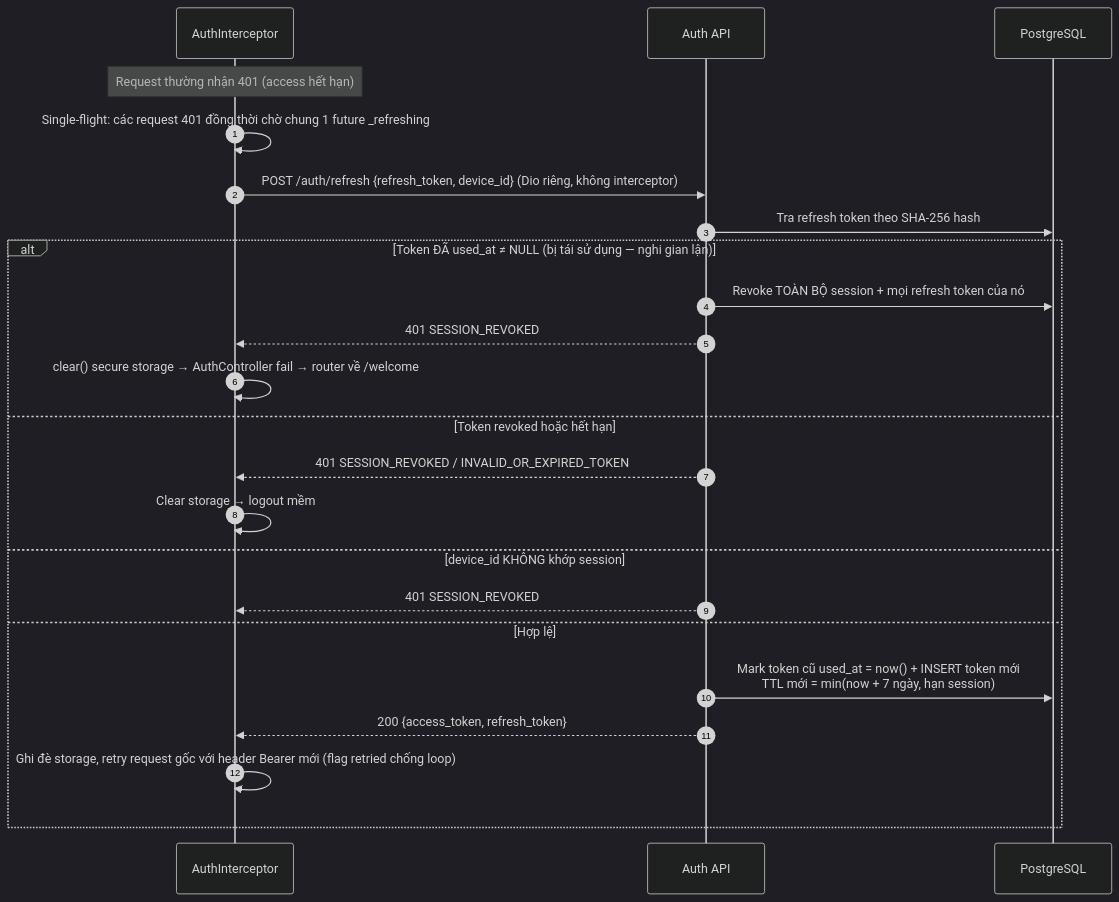
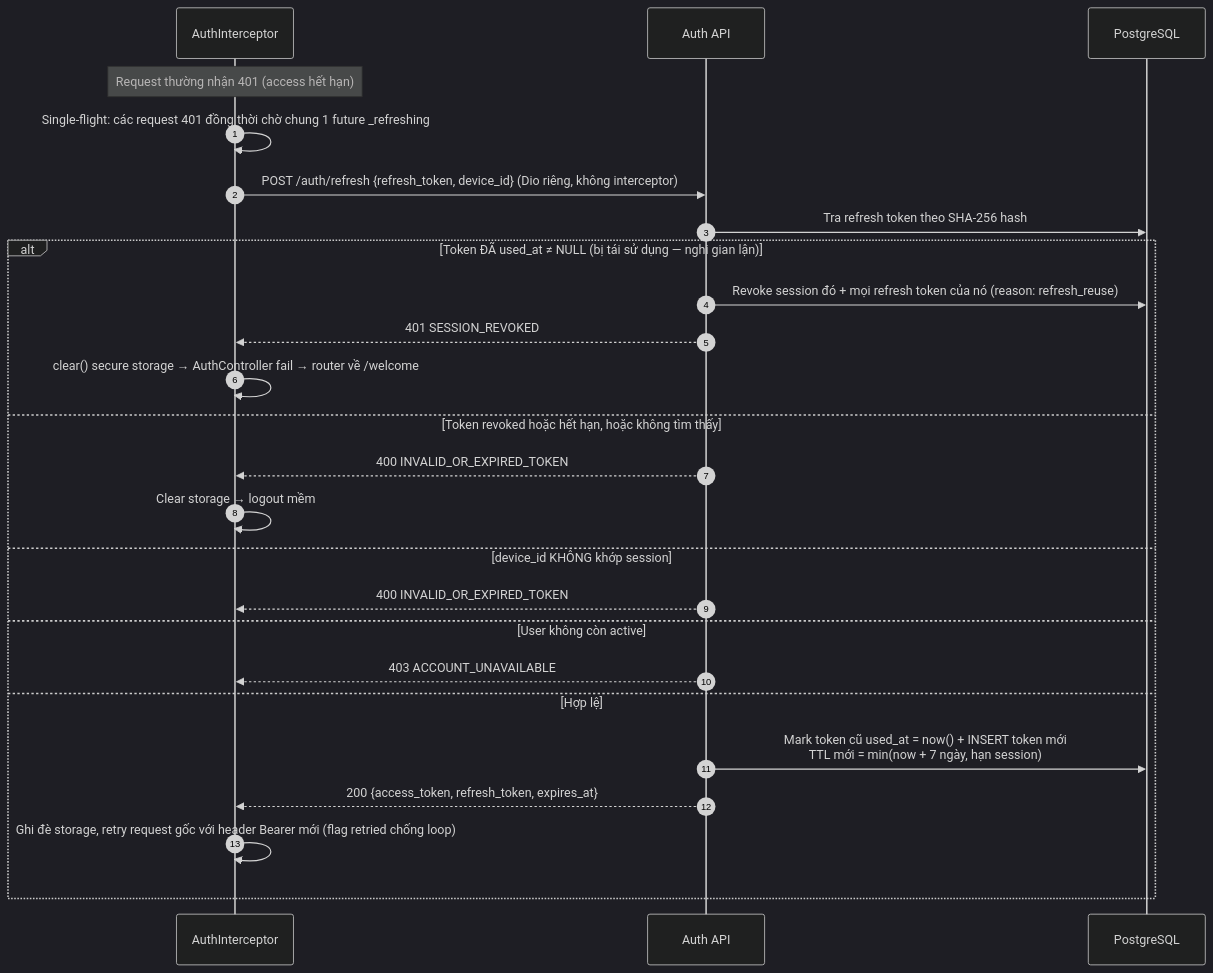
Before and after one commit to FintechVSF-Tranning/PaySplit-RP: the third of 9 diagrams in flow/01-auth.md, drawn with Mermaid (dark theme). The commit also changed other lines of this file and 3 other files, not shown here.

````diff
--- a/flow/01-auth.md
+++ b/flow/01-auth.md
@@ -151,26 +166,28 @@
 ```mermaid
 sequenceDiagram
     autonumber
     participant FE as AuthInterceptor
     participant BE as Auth API
     participant DB as PostgreSQL
 
     Note over FE: Request thường nhận 401 (access hết hạn)
     FE->>FE: Single-flight: các request 401 đồng thời chờ chung 1 future _refreshing
     FE->>BE: POST /auth/refresh {refresh_token, device_id} (Dio riêng, không interceptor)
     BE->>DB: Tra refresh token theo SHA-256 hash
     alt Token ĐÃ used_at ≠ NULL (bị tái sử dụng — nghi gian lận)
-        BE->>DB: Revoke TOÀN BỘ session + mọi refresh token của nó
+        BE->>DB: Revoke session đó + mọi refresh token của nó (reason: refresh_reuse)
         BE-->>FE: 401 SESSION_REVOKED
         FE->>FE: clear() secure storage → AuthController fail → router về /welcome
-    else Token revoked hoặc hết hạn
-        BE-->>FE: 401 SESSION_REVOKED / INVALID_OR_EXPIRED_TOKEN
+    else Token revoked hoặc hết hạn, hoặc không tìm thấy
+        BE-->>FE: 400 INVALID_OR_EXPIRED_TOKEN
         FE->>FE: Clear storage → logout mềm
     else device_id KHÔNG khớp session
-        BE-->>FE: 401 SESSION_REVOKED
+        BE-->>FE: 400 INVALID_OR_EXPIRED_TOKEN
+    else User không còn active
+        BE-->>FE: 403 ACCOUNT_UNAVAILABLE
     else Hợp lệ
         BE->>DB: Mark token cũ used_at = now() + INSERT token mới<br/>TTL mới = min(now + 7 ngày, hạn session)
-        BE-->>FE: 200 {access_token, refresh_token}
+        BE-->>FE: 200 {access_token, refresh_token, expires_at}
         FE->>FE: Ghi đè storage, retry request gốc với header Bearer mới (flag retried chống loop)
     end
 ```
````
